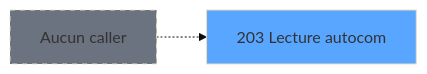
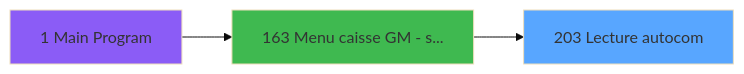
One commit to thonyAGP/magic-migration changed the second of 3 diagrams in .openspec/specs/ADH-IDE-203.md. Above: the diagram before and after it, drawn with Mermaid (base theme). The commit also changed other lines of this file and 253 other files, not shown here.

````diff
--- a/.openspec/specs/ADH-IDE-203.md
+++ b/.openspec/specs/ADH-IDE-203.md
@@ -151,8 +166,11 @@
 ```mermaid
 graph LR
     T203[203 Lecture autocom]
     style T203 fill:#58a6ff
-    NONE[Aucun caller]
-    NONE -.-> T203
-    style NONE fill:#6b7280,stroke-dasharray: 5 5
+    CC1[1 Main Program]
+    style CC1 fill:#8b5cf6
+    CC163[163 Menu caisse GM - s...]
+    style CC163 fill:#3fb950
+    CC1 --> CC163
+    CC163 --> T203
 ```
````
